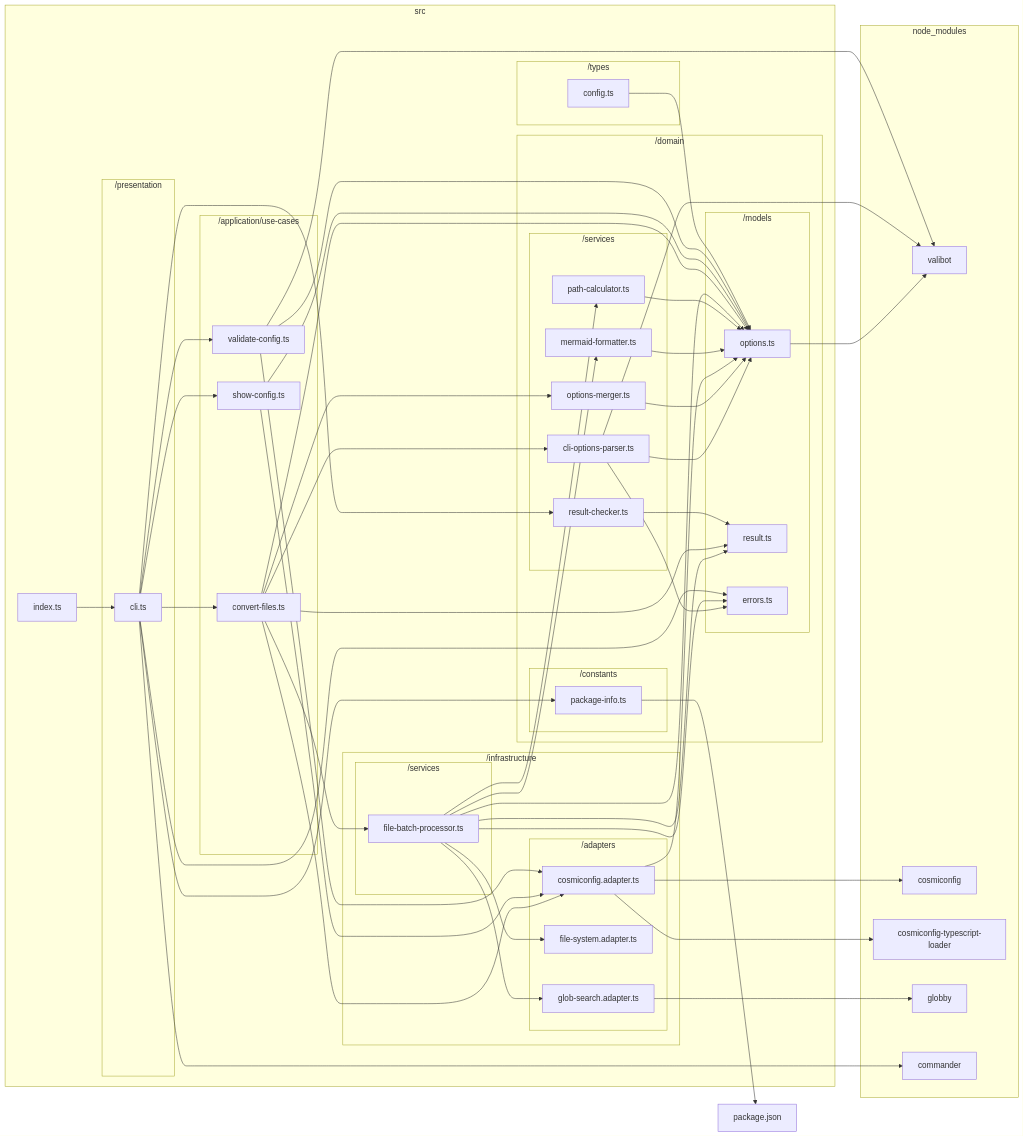
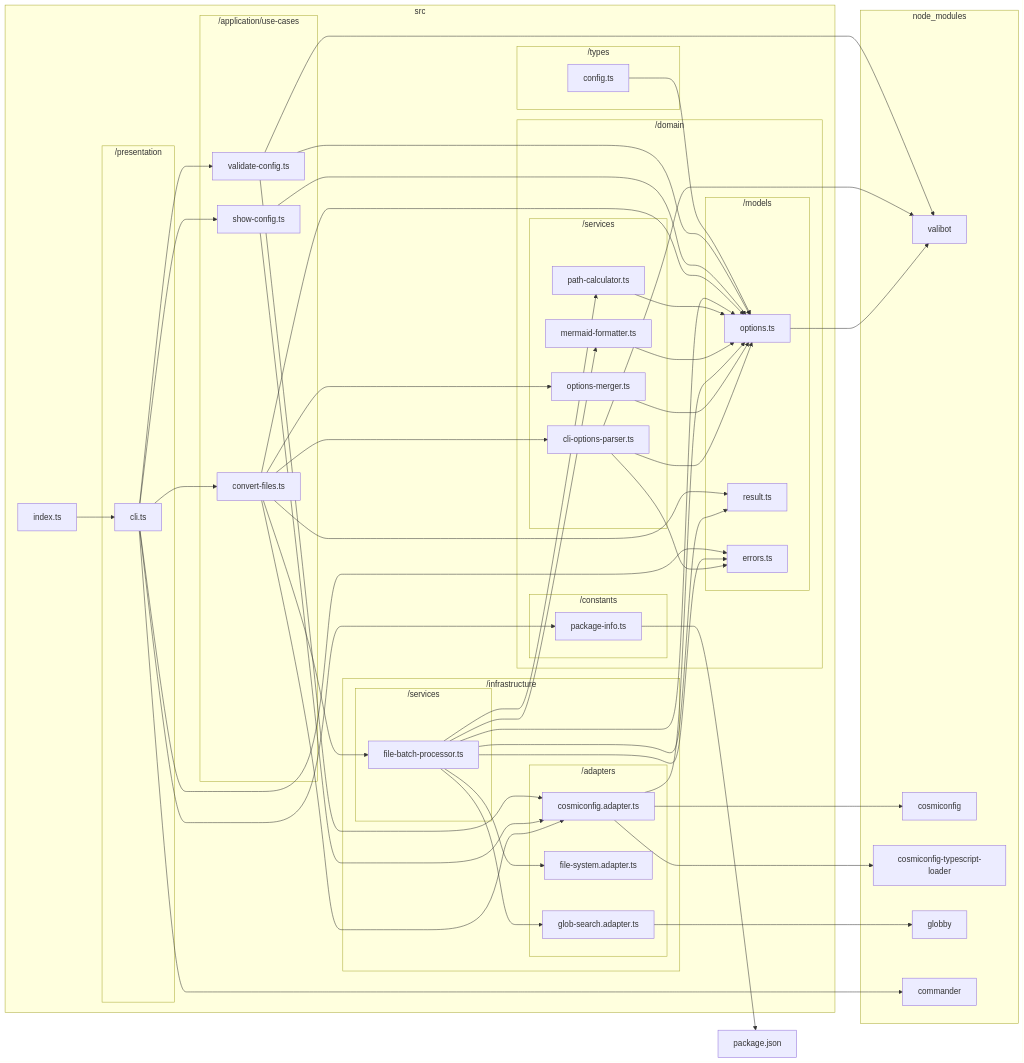
One commit to sugurutakahashi-1234/mermaid-markdown-wrap changed the diagram in docs/reports/dependencies/deps-graph.md. Above: the diagram before and after it, drawn with Mermaid. The commit also changed 4 other files, not shown here.

First line of the commit message:
feat: remove result checker service and update CLI logic

````diff
--- a/docs/reports/dependencies/deps-graph.md
+++ b/docs/reports/dependencies/deps-graph.md
@@ -19,7 +19,6 @@
                 src/domain/services/options//merger.ts["options-merger.ts"]
                 src/domain/services/mermaid//formatter.ts["mermaid-formatter.ts"]
                 src/domain/services/path//calculator.ts["path-calculator.ts"]
-                src/domain/services/result//checker.ts["result-checker.ts"]
             end
             subgraph src/domain/constants["/constants"]
                 src/domain/constants/package//info.ts["package-info.ts"]
@@ -84,14 +83,12 @@
     src/application/use//cases/validate//config.ts-->src/domain/models/options.ts
     src/application/use//cases/validate//config.ts-->src/infrastructure/adapters/cosmiconfig.adapter.ts
     src/domain/constants/package//info.ts-->package.json
-    src/domain/services/result//checker.ts-->src/domain/models/result.ts
     src/presentation/cli.ts-->node//modules/commander/typings/index.d.ts
     src/presentation/cli.ts-->src/application/use//cases/convert//files.ts
     src/presentation/cli.ts-->src/application/use//cases/show//config.ts
     src/presentation/cli.ts-->src/application/use//cases/validate//config.ts
     src/presentation/cli.ts-->src/domain/constants/package//info.ts
     src/presentation/cli.ts-->src/domain/models/errors.ts
-    src/presentation/cli.ts-->src/domain/services/result//checker.ts
     src/index.ts-->src/presentation/cli.ts
     src/types/config.ts-->src/domain/models/options.ts
 ```
````
